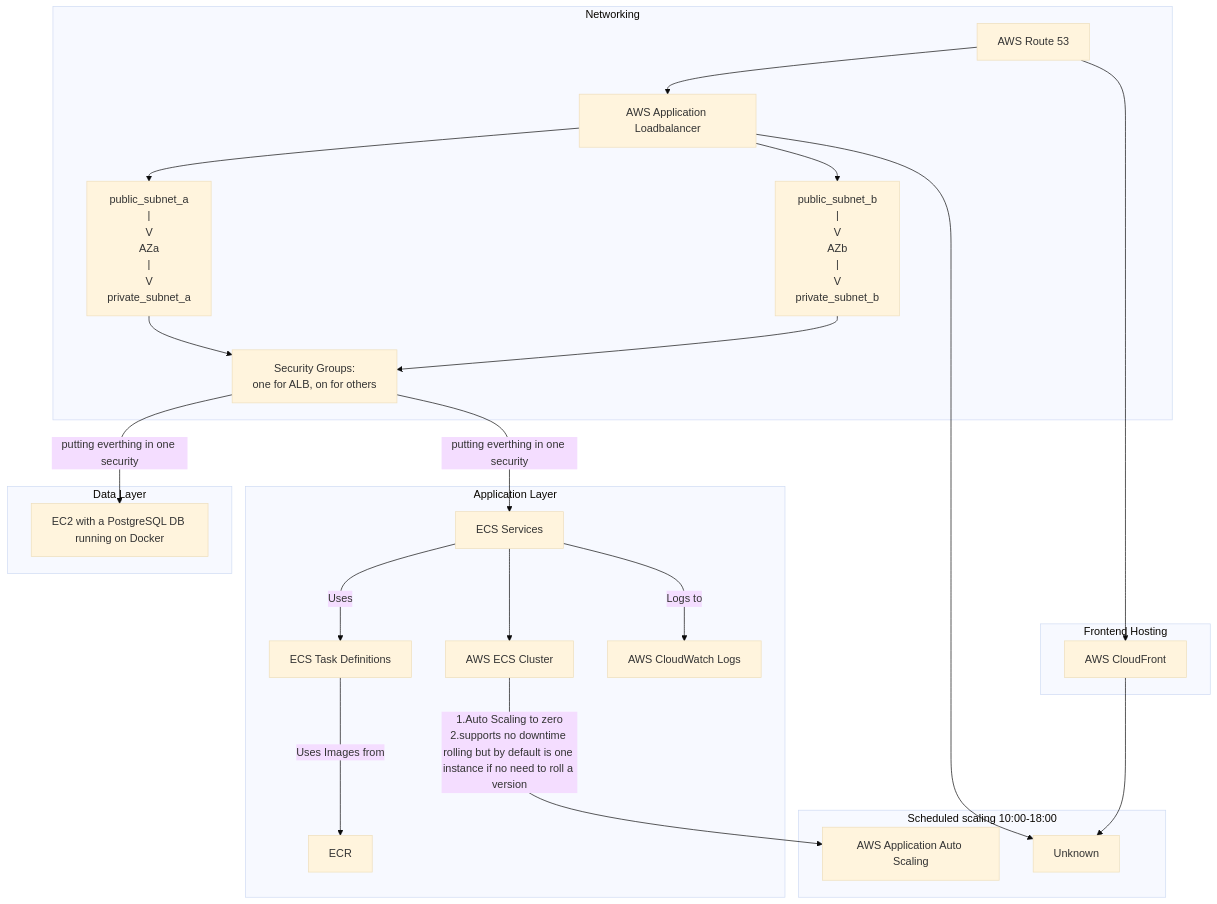
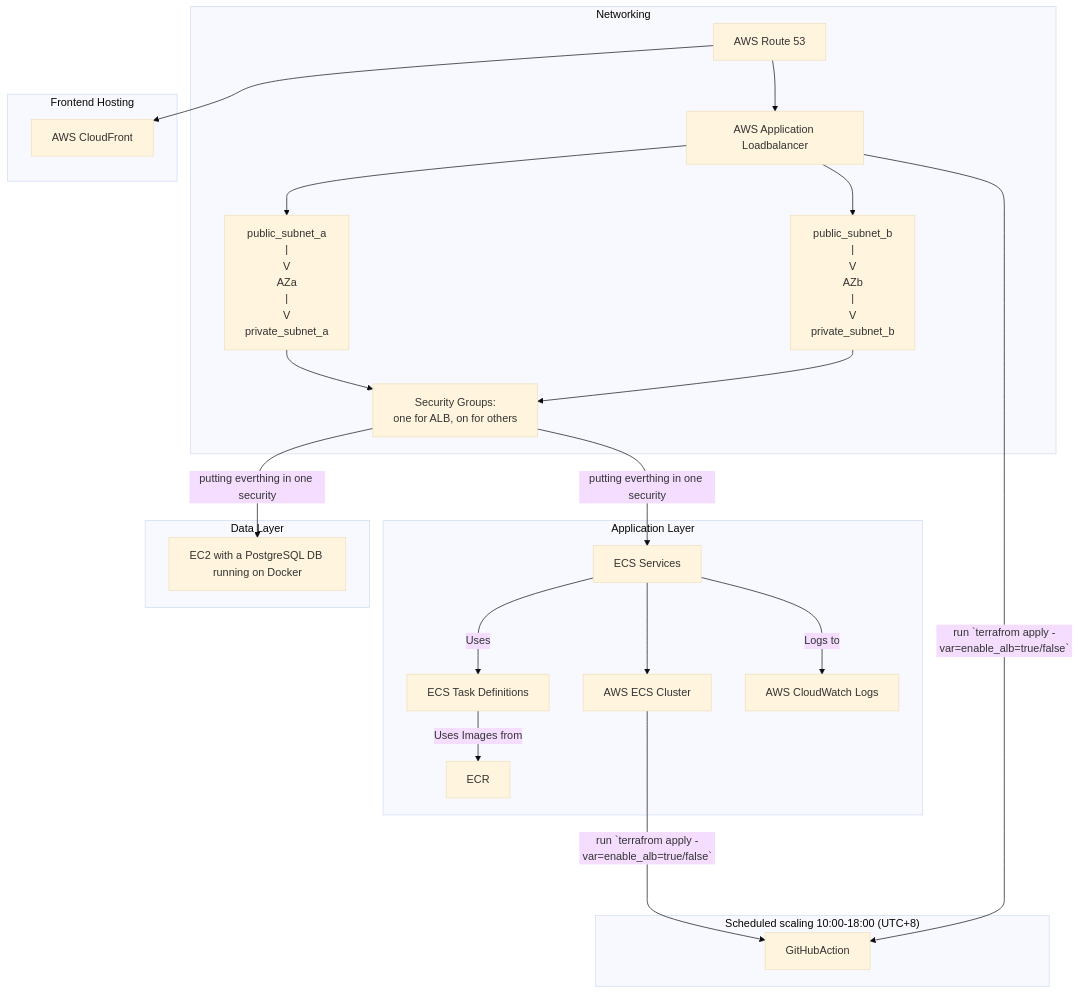
The first of 2 diagrams in infra-terraform/docs/architecture.md (RockkLee/order-bot), drawn with Mermaid (base theme) before and after one commit. The commit also changed other lines of this file and 8 other files, not shown here.

````diff
--- a/infra-terraform/docs/architecture.md
+++ b/infra-terraform/docs/architecture.md
@@ -29,32 +3,31 @@
 ```mermaid
 graph TD
     subgraph "Networking"
         R53[AWS Route 53] --> ALB[AWS Application Loadbalancer]
         ALB --> AZa["public_subnet_a<br>|<br>V<br>AZa<br>|<br>V<br>private_subnet_a"]
         ALB --> AZb["public_subnet_b<br>|<br>V<br>AZb<br>|<br>V<br>private_subnet_b"]
         AZa --> SG[Security Groups:<br>one for ALB, on for others]
         AZb --> SG
     end
 
     subgraph "Application Layer"
         SG --putting everthing in one security--> ECS_Svc[ECS Services]
         ECS_Svc --> ECS[AWS ECS Cluster]
         ECS_Svc -- Uses --> ECS_TD[ECS Task Definitions]
         ECS_TD -- Uses Images from --> ECR
         ECS_Svc -- Logs to --> CWL[AWS CloudWatch Logs]
     end
 
     subgraph "Data Layer"
         SG --putting everthing in one security--> EC2[EC2 with a PostgreSQL DB running on Docker]
     end
 
     subgraph "Frontend Hosting"
         R53 --> CF[AWS CloudFront]
     end
 
-    subgraph "Scheduled scaling 10:00-18:00"
-        ECS -- 1.Auto Scaling to zero<br>2.supports no downtime rolling but by default is one instance if no need to roll a version --> AAS[AWS Application Auto Scaling]
-        ALB --> Unknown
-        CF --> Unknown
+    subgraph "Scheduled scaling 10:00-18:00 (UTC+8)"
+        ECS ----> |run `terrafrom apply -var=enable_alb=true/false`| GitHubAction
+        ALB ----> |run `terrafrom apply -var=enable_alb=true/false`| GitHubAction
     end
 ```
````
